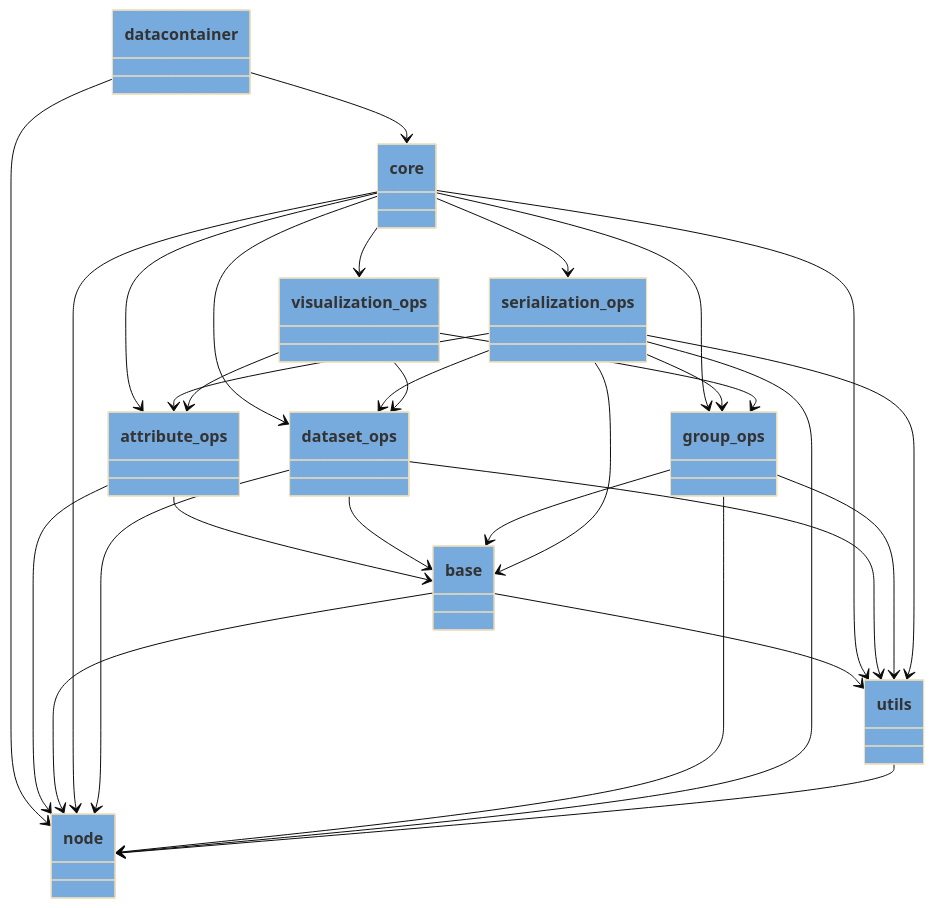
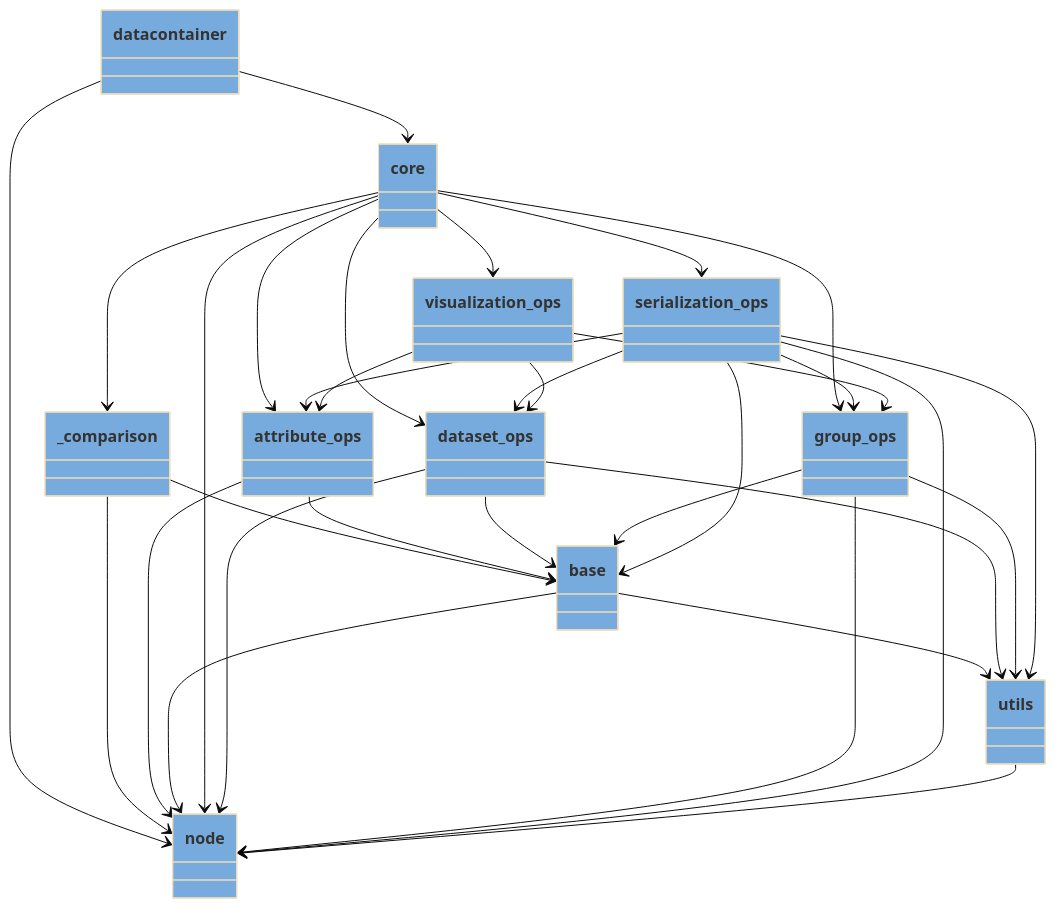
Before and after one commit to voidsy-gmbh/pyThermoNDT: the diagram in docs/pyreverse/mermaid/packages_pythermondt.data.datacontainer.mmd, drawn with Mermaid (base theme). The commit also changed 18 other files, not shown here.

```diff
--- a/docs/pyreverse/mermaid/packages_pythermondt.data.datacontainer.mmd
+++ b/docs/pyreverse/mermaid/packages_pythermondt.data.datacontainer.mmd
@@ -1,60 +1,65 @@
 classDiagram
   class datacontainer {
   }
   style datacontainer fill:#77AADD
+  class _comparison {
+  }
+  style _comparison fill:#77AADD
   class attribute_ops {
   }
   style attribute_ops fill:#77AADD
   class base {
   }
   style base fill:#77AADD
   class core {
   }
   style core fill:#77AADD
   class dataset_ops {
   }
   style dataset_ops fill:#77AADD
   class group_ops {
   }
   style group_ops fill:#77AADD
   class node {
   }
   style node fill:#77AADD
   class serialization_ops {
   }
   style serialization_ops fill:#77AADD
   class utils {
   }
   style utils fill:#77AADD
   class visualization_ops {
   }
   style visualization_ops fill:#77AADD
   datacontainer --> core
   datacontainer --> node
+  _comparison --> base
+  _comparison --> node
   attribute_ops --> base
   attribute_ops --> node
   base --> node
   base --> utils
+  core --> _comparison
   core --> attribute_ops
   core --> dataset_ops
   core --> group_ops
   core --> node
   core --> serialization_ops
-  core --> utils
   core --> visualization_ops
   dataset_ops --> base
   dataset_ops --> node
   dataset_ops --> utils
   group_ops --> base
   group_ops --> node
   group_ops --> utils
   serialization_ops --> attribute_ops
   serialization_ops --> base
   serialization_ops --> dataset_ops
   serialization_ops --> group_ops
   serialization_ops --> node
   serialization_ops --> utils
   utils --> node
   visualization_ops --> attribute_ops
   visualization_ops --> dataset_ops
   visualization_ops --> group_ops
```
